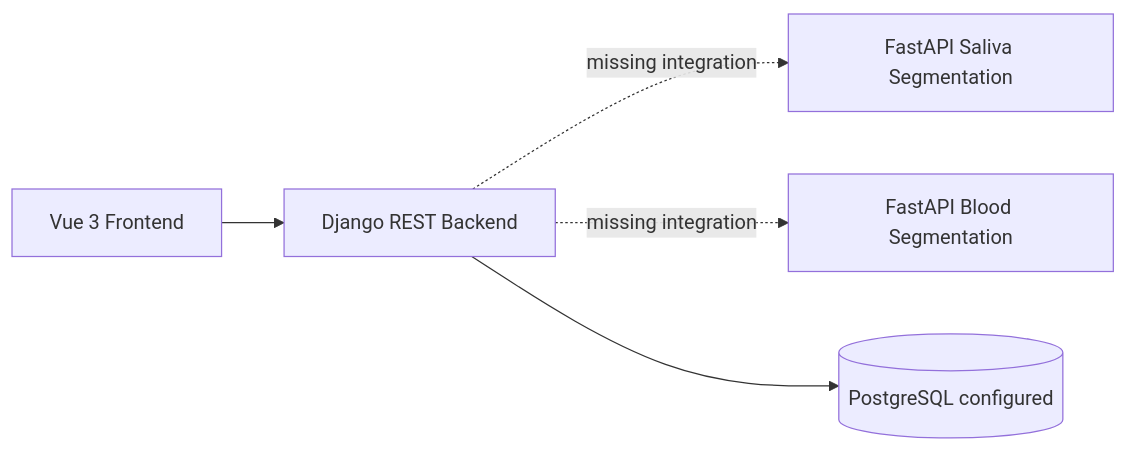
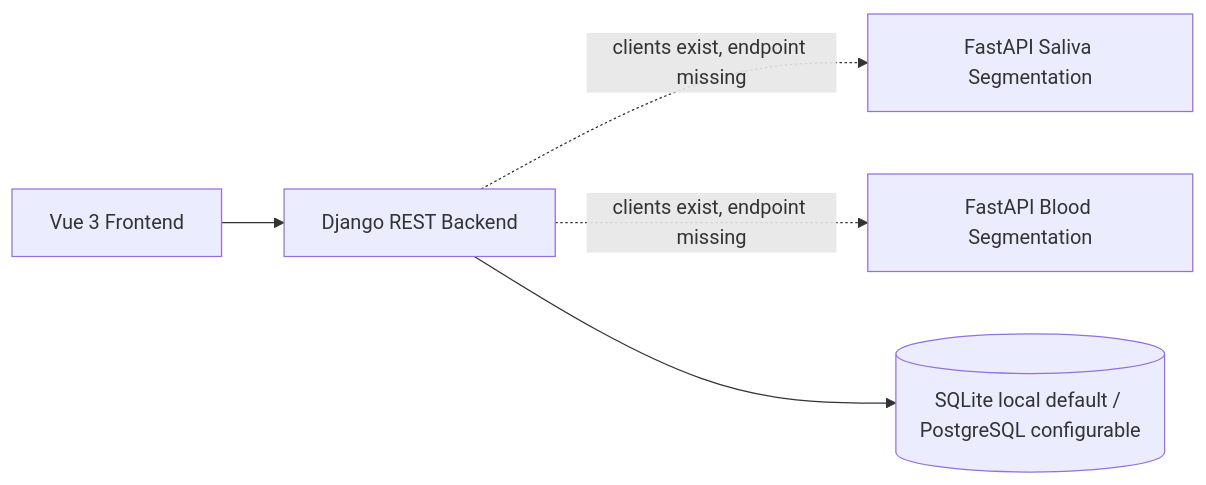
Before and after one commit to irgNemo/sicam-refactor: the first of 2 diagrams in docs/10_codex_master_context.md, drawn with Mermaid. The commit also changed other lines of this file and 9 other files, not shown here.

````diff
--- a/docs/10_codex_master_context.md
+++ b/docs/10_codex_master_context.md
@@ -29,7 +39,7 @@
 ```mermaid
 flowchart LR
     UI[Vue 3 Frontend] --> API[Django REST Backend]
-    API -. missing integration .-> SALIVA[FastAPI Saliva Segmentation]
-    API -. missing integration .-> BLOOD[FastAPI Blood Segmentation]
-    API --> DB[(PostgreSQL configured)]
+    API -. clients exist, endpoint missing .-> SALIVA[FastAPI Saliva Segmentation]
+    API -. clients exist, endpoint missing .-> BLOOD[FastAPI Blood Segmentation]
+    API --> DB[(SQLite local default / PostgreSQL configurable)]
 ```
````
